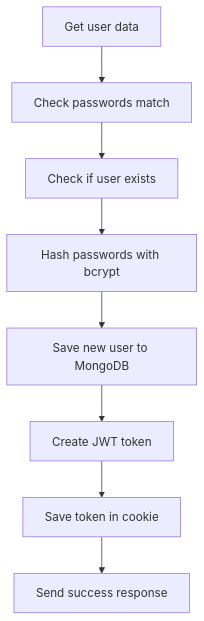
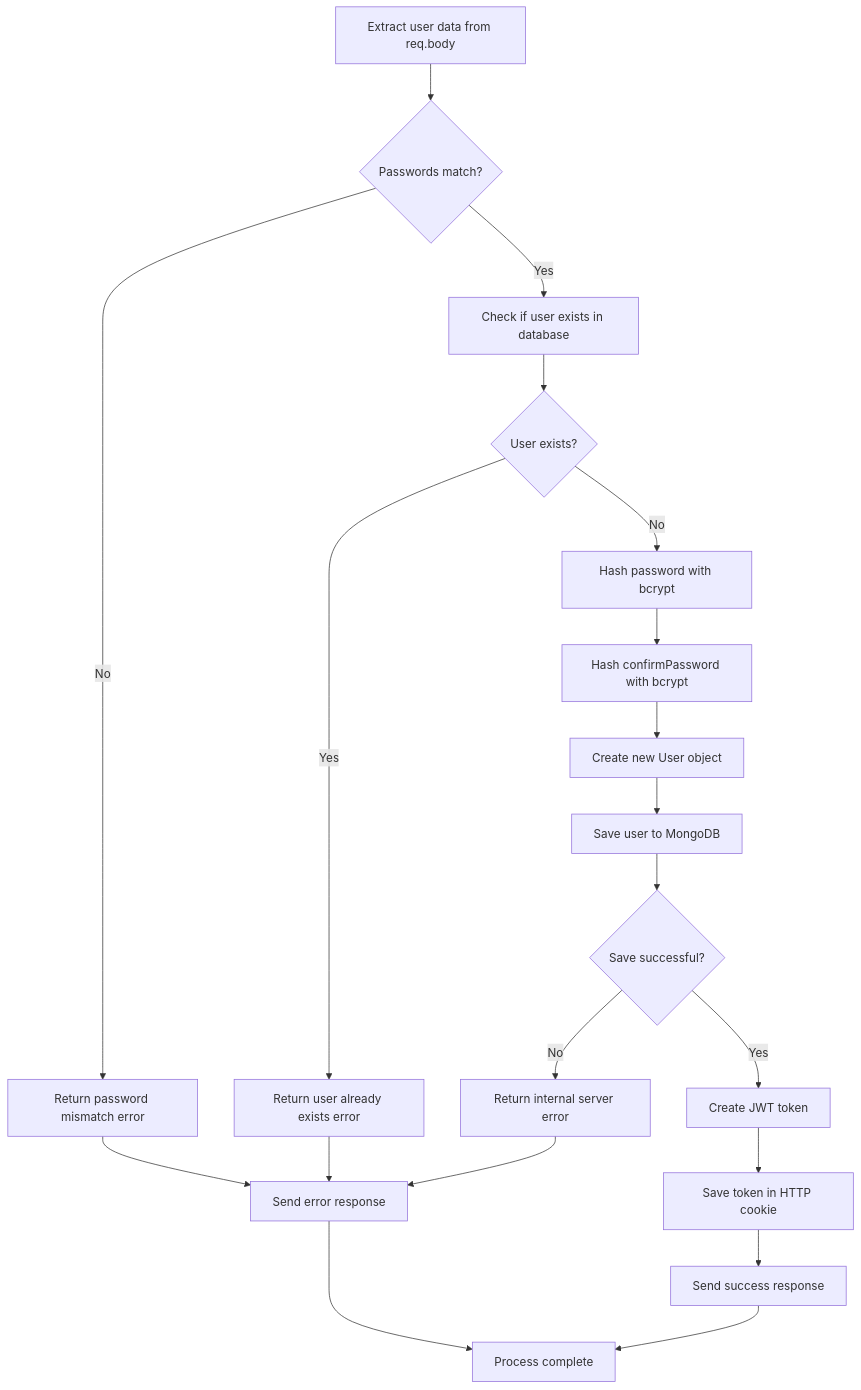
Before and after one commit to thehiten/node-js-code: the second of 11 diagrams in README.md, drawn with Mermaid. The commit also changed other lines of this file, not shown here.

Commit message:
update the readme file chart

````diff
--- a/README.md
+++ b/README.md
@@ -103,10 +103,22 @@
 ```mermaid
 graph TD
-    A[Get user data] --> B[Check passwords match]
-    B --> C[Check if user exists]
-    C --> D[Hash passwords with bcrypt]
-    D --> E[Save new user to MongoDB]
-    E --> F[Create JWT token]
-    F --> G[Save token in cookie]
-    G --> H[Send success response]
+    A[Extract user data from req.body] --> B{Passwords match?}
+    B -->|No| C[Return password mismatch error]
+    B -->|Yes| D[Check if user exists in database]
+    D --> E{User exists?}
+    E -->|Yes| F[Return user already exists error]
+    E -->|No| G[Hash password with bcrypt]
+    G --> H[Hash confirmPassword with bcrypt]
+    H --> I[Create new User object]
+    I --> J[Save user to MongoDB]
+    J --> K{Save successful?}
+    K -->|No| L[Return internal server error]
+    K -->|Yes| M[Create JWT token]
+    M --> N[Save token in HTTP cookie]
+    N --> O[Send success response]
+    C --> P[Send error response]
+    F --> P
+    L --> P
+    O --> Q[Process complete]
+    P --> Q
 ```
````
